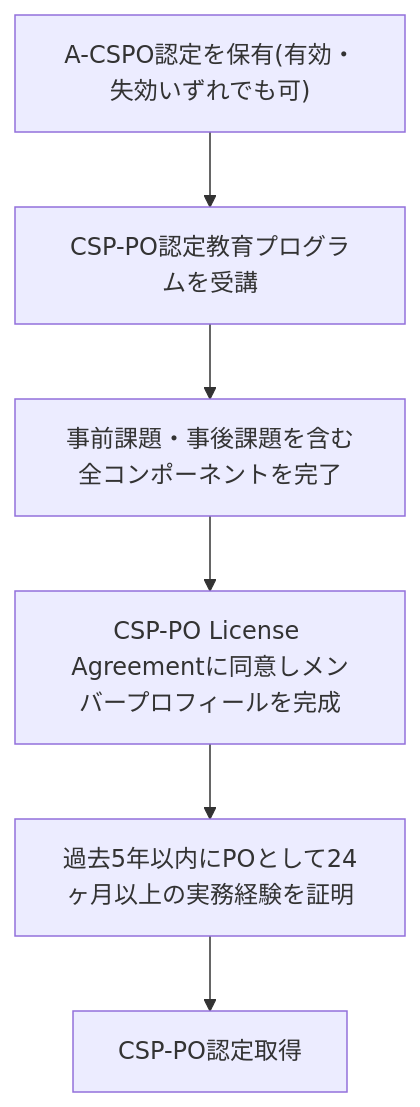
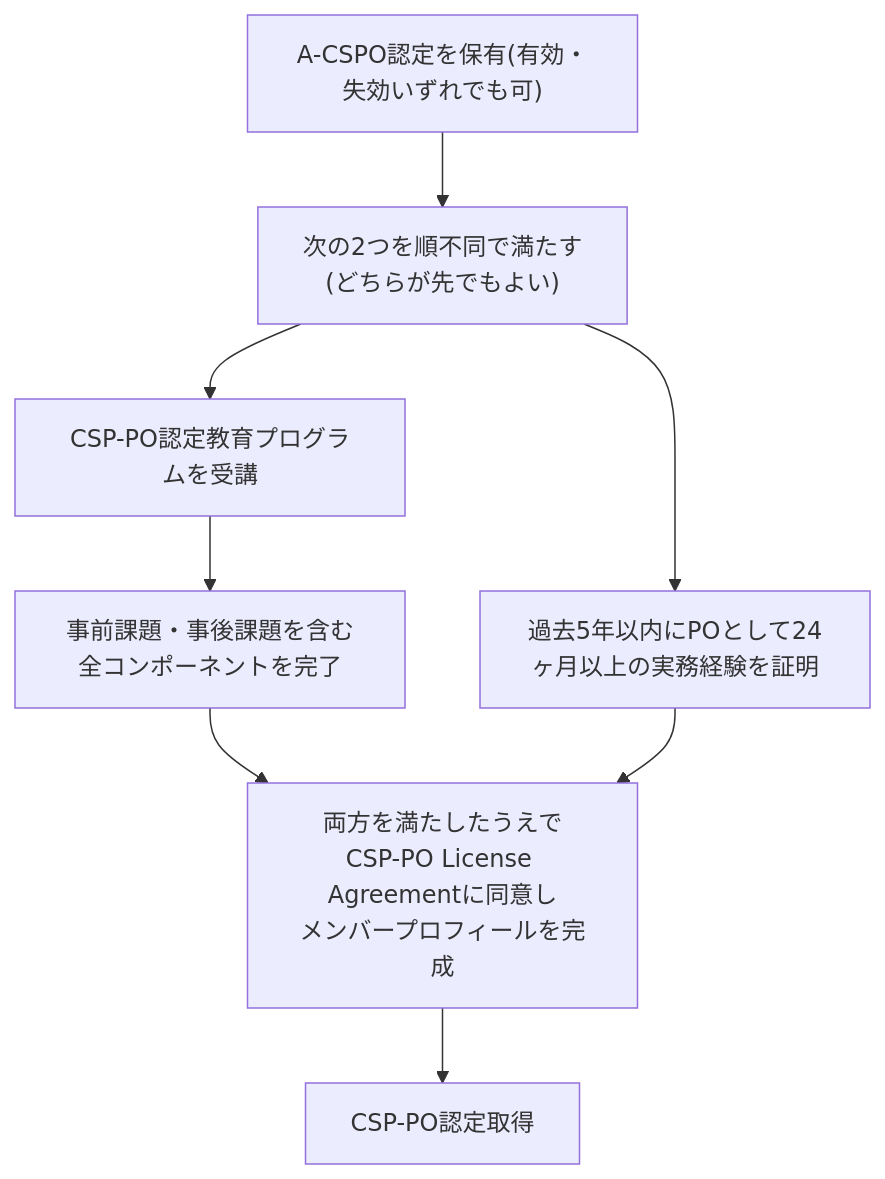
One commit to myoshi2891/Management-Team-Building-Studies changed the second of 19 diagrams in Csp-po-certified-scrum-professional-product-owner-study-guide.md. Above: the diagram before and after it, drawn with Mermaid. The commit also changed other lines of this file and 1 other file, not shown here.

Commit message:
docs: update A-CSPO and CSP-PO guides with reference links and content corrections

````diff
--- a/Csp-po-certified-scrum-professional-product-owner-study-guide.md
+++ b/Csp-po-certified-scrum-professional-product-owner-study-guide.md
@@ -128,8 +128,10 @@
 ```mermaid
 flowchart TD
-    A["A-CSPO認定を保有(有効・失効いずれでも可)"] --> B["CSP-PO認定教育プログラムを受講"]
+    A["A-CSPO認定を保有(有効・失効いずれでも可)"] --> P["次の2つを順不同で満たす<br/>(どちらが先でもよい)"]
+    P --> B["CSP-PO認定教育プログラムを受講"]
     B --> C["事前課題・事後課題を含む全コンポーネントを完了"]
-    C --> D["CSP-PO License Agreementに同意しメンバープロフィールを完成"]
-    D --> E["過去5年以内にPOとして24ヶ月以上の実務経験を証明"]
-    E --> F["CSP-PO認定取得"]
+    P --> E["過去5年以内にPOとして24ヶ月以上の実務経験を証明"]
+    C --> D["両方を満たしたうえで<br/>CSP-PO License Agreementに同意し<br/>メンバープロフィールを完成"]
+    E --> D
+    D --> F["CSP-PO認定取得"]
 ```
````
